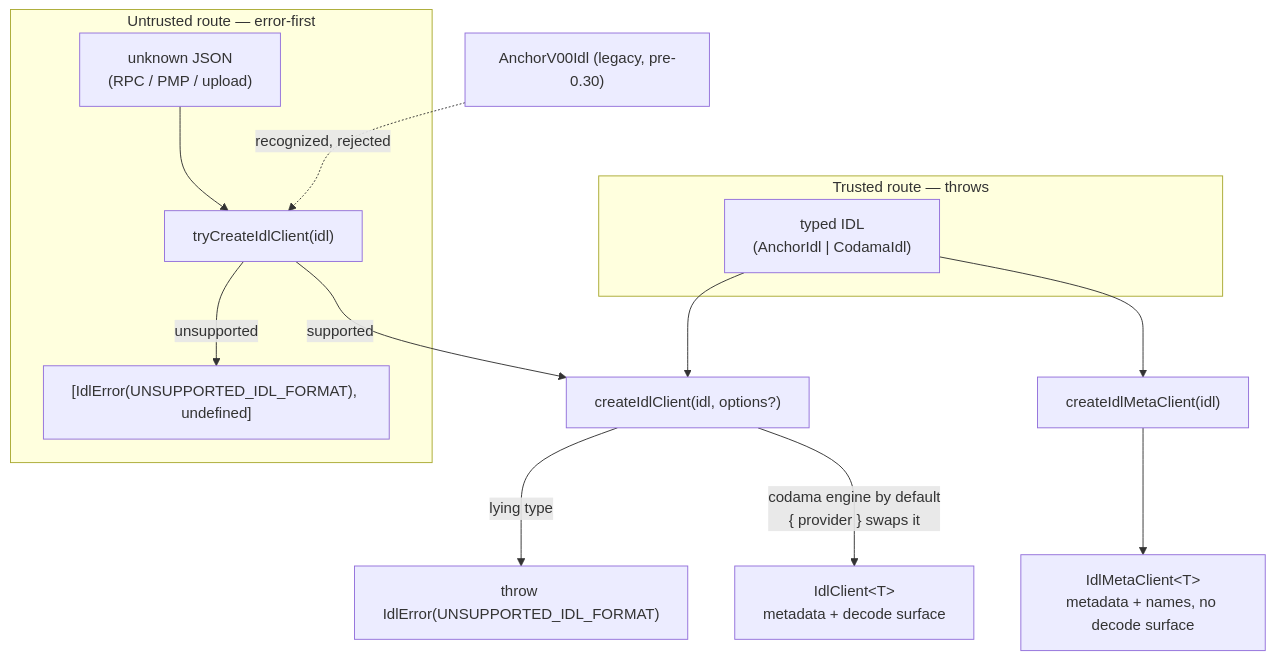
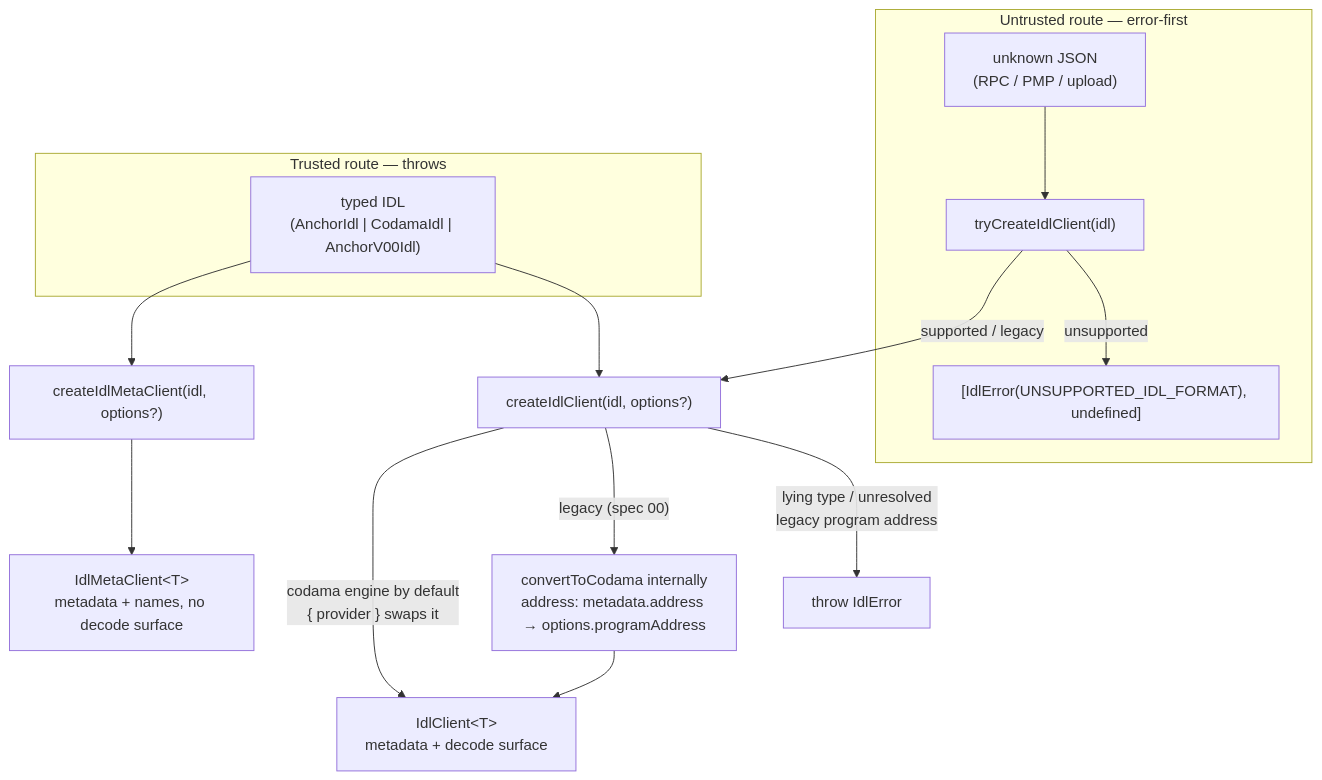
One commit to hoodieshq/explorer changed the first of 2 diagrams in packages/idl/DESIGN.md. Above: the diagram before and after it, drawn with Mermaid. The commit also changed other lines of this file and 3 other files, not shown here.

````diff
--- a/packages/idl/DESIGN.md
+++ b/packages/idl/DESIGN.md
@@ -13,17 +13,18 @@
 ```mermaid
 flowchart TD
     subgraph UNTRUSTED["Untrusted route — error-first"]
         RAW["unknown JSON<br/>(RPC / PMP / upload)"] --> TRY["tryCreateIdlClient(idl)"]
         TRY -->|"unsupported"| ERR["[IdlError(UNSUPPORTED_IDL_FORMAT), undefined]"]
     end
     subgraph TRUSTED["Trusted route — throws"]
-        TYPED["typed IDL<br/>(AnchorIdl | CodamaIdl)"]
+        TYPED["typed IDL<br/>(AnchorIdl | CodamaIdl | AnchorV00Idl)"]
     end
-    TRY -->|"supported"| CREATE["createIdlClient(idl, options?)"]
+    TRY -->|"supported / legacy"| CREATE["createIdlClient(idl, options?)"]
     TYPED --> CREATE
-    CREATE -->|"lying type"| THROW["throw IdlError(UNSUPPORTED_IDL_FORMAT)"]
+    CREATE -->|"lying type / unresolved<br/>legacy program address"| THROW["throw IdlError"]
+    CREATE -->|"legacy (spec 00)"| CONVERT["convertToCodama internally<br/>address: metadata.address → options.programAddress"]
+    CONVERT --> CLIENT
     CREATE -->|"codama engine by default<br/>{ provider } swaps it"| CLIENT["IdlClient&lt;T&gt;<br/>metadata + decode surface"]
-    TYPED --> METACREATE["createIdlMetaClient(idl)"]
+    TYPED --> METACREATE["createIdlMetaClient(idl, options?)"]
     METACREATE --> META["IdlMetaClient&lt;T&gt;<br/>metadata + names, no decode surface"]
-    LEGACY["AnchorV00Idl (legacy, pre-0.30)"] -. "recognized, rejected" .-> TRY
 ```
````
